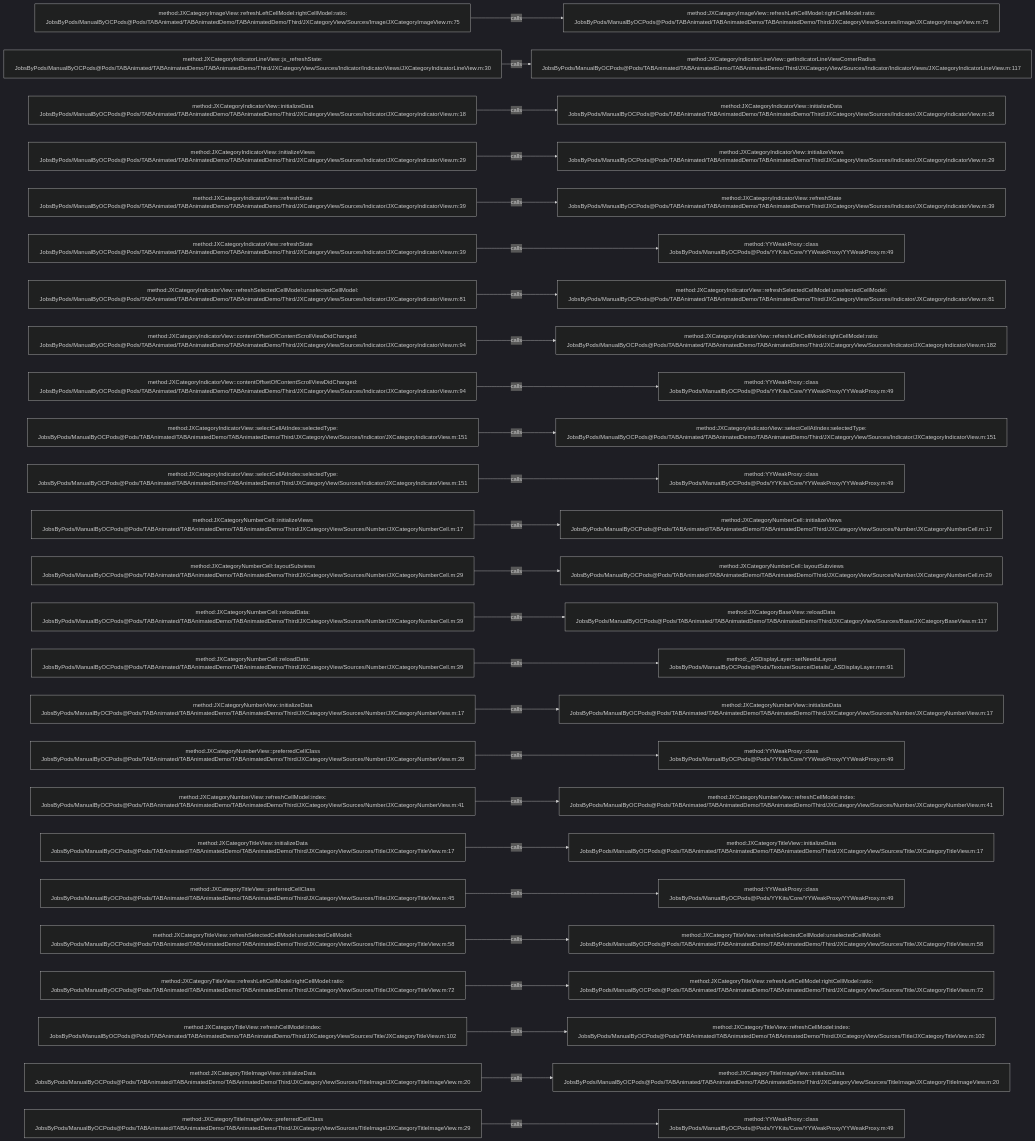
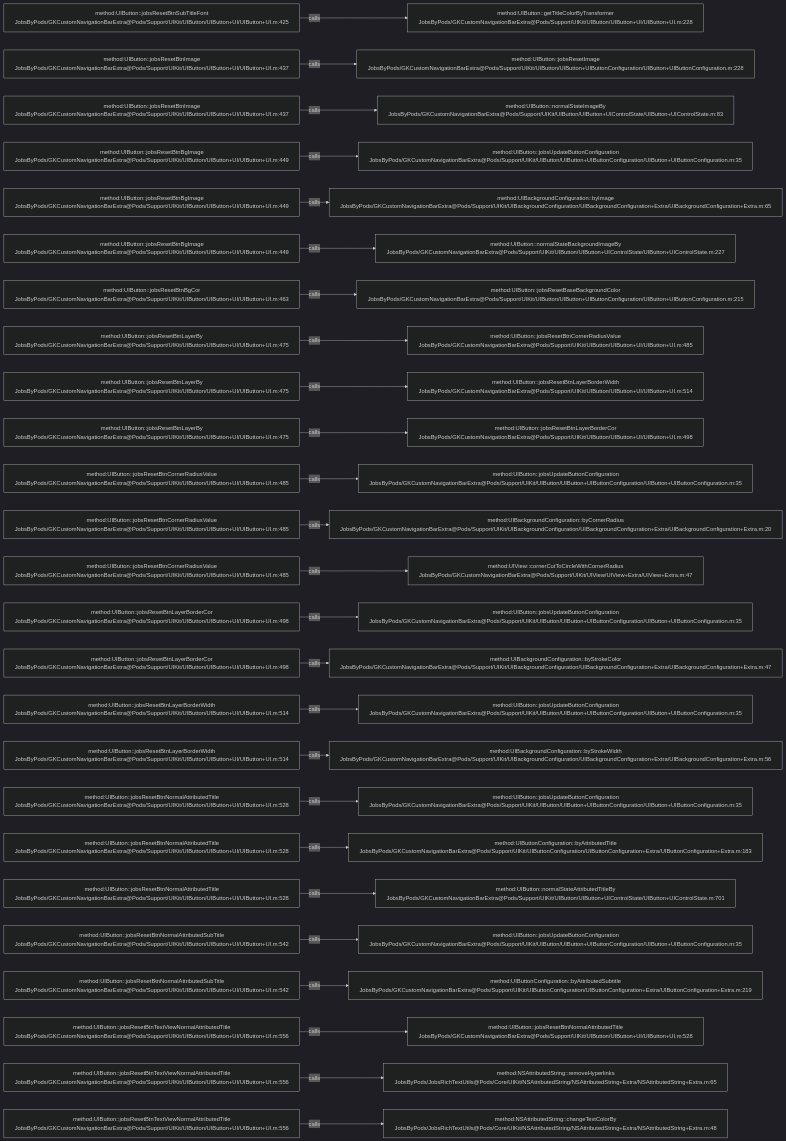
One commit to JobsKits/JobsOCBaseConfigDemo changed the diagram in .codegraph/codegraph.md/graphs/calls-030.md. Above: the diagram before and after it, drawn with Mermaid (dark theme). The commit also changed 768 other files, not shown here.

````diff
--- a/.codegraph/codegraph.md/graphs/calls-030.md
+++ b/.codegraph/codegraph.md/graphs/calls-030.md
@@ -13,78 +13,78 @@
 ```mermaid
 flowchart LR
-  S1["method:JXCategoryImageView::refreshLeftCellModel:rightCellModel:ratio:<br/>JobsByPods/ManualByOCPods@Pods/TABAnimated/TABAnimatedDemo/TABAnimatedDemo/Third/JXCategoryView/Sources/Image/JXCategoryImageView.m:75"]
-  T1["method:JXCategoryImageView::refreshLeftCellModel:rightCellModel:ratio:<br/>JobsByPods/ManualByOCPods@Pods/TABAnimated/TABAnimatedDemo/TABAnimatedDemo/Third/JXCategoryView/Sources/Image/JXCategoryImageView.m:75"]
+  S1["method:UIButton::jobsResetBtnSubTitleFont<br/>JobsByPods/GKCustomNavigationBarExtra@Pods/Support/UIKit/UIButton/UIButton+UI/UIButton+UI.m:425"]
+  T1["method:UIButton::getTitleColorByTransformer<br/>JobsByPods/GKCustomNavigationBarExtra@Pods/Support/UIKit/UIButton/UIButton+UI/UIButton+UI.m:228"]
   S1 -->|calls| T1
-  S2["method:JXCategoryIndicatorLineView::jx_refreshState:<br/>JobsByPods/ManualByOCPods@Pods/TABAnimated/TABAnimatedDemo/TABAnimatedDemo/Third/JXCategoryView/Sources/Indicator/IndicatorViews/JXCategoryIndicatorLineView.m:30"]
-  T2["method:JXCategoryIndicatorLineView::getIndicatorLineViewCornerRadius<br/>JobsByPods/ManualByOCPods@Pods/TABAnimated/TABAnimatedDemo/TABAnimatedDemo/Third/JXCategoryView/Sources/Indicator/IndicatorViews/JXCategoryIndicatorLineView.m:117"]
+  S2["method:UIButton::jobsResetBtnImage<br/>JobsByPods/GKCustomNavigationBarExtra@Pods/Support/UIKit/UIButton/UIButton+UI/UIButton+UI.m:437"]
+  T2["method:UIButton::jobsResetImage<br/>JobsByPods/GKCustomNavigationBarExtra@Pods/Support/UIKit/UIButton/UIButton+UIButtonConfiguration/UIButton+UIButtonConfiguration.m:228"]
   S2 -->|calls| T2
-  S3["method:JXCategoryIndicatorView::initializeData<br/>JobsByPods/ManualByOCPods@Pods/TABAnimated/TABAnimatedDemo/TABAnimatedDemo/Third/JXCategoryView/Sources/Indicator/JXCategoryIndicatorView.m:18"]
-  T3["method:JXCategoryIndicatorView::initializeData<br/>JobsByPods/ManualByOCPods@Pods/TABAnimated/TABAnimatedDemo/TABAnimatedDemo/Third/JXCategoryView/Sources/Indicator/JXCategoryIndicatorView.m:18"]
+  S3["method:UIButton::jobsResetBtnImage<br/>JobsByPods/GKCustomNavigationBarExtra@Pods/Support/UIKit/UIButton/UIButton+UI/UIButton+UI.m:437"]
+  T3["method:UIButton::normalStateImageBy<br/>JobsByPods/GKCustomNavigationBarExtra@Pods/Support/UIKit/UIButton/UIButton+UIControlState/UIButton+UIControlState.m:83"]
   S3 -->|calls| T3
-  S4["method:JXCategoryIndicatorView::initializeViews<br/>JobsByPods/ManualByOCPods@Pods/TABAnimated/TABAnimatedDemo/TABAnimatedDemo/Third/JXCategoryView/Sources/Indicator/JXCategoryIndicatorView.m:29"]
-  T4["method:JXCategoryIndicatorView::initializeViews<br/>JobsByPods/ManualByOCPods@Pods/TABAnimated/TABAnimatedDemo/TABAnimatedDemo/Third/JXCategoryView/Sources/Indicator/JXCategoryIndicatorView.m:29"]
+  S4["method:UIButton::jobsResetBtnBgImage<br/>JobsByPods/GKCustomNavigationBarExtra@Pods/Support/UIKit/UIButton/UIButton+UI/UIButton+UI.m:449"]
+  T4["method:UIButton::jobsUpdateButtonConfiguration<br/>JobsByPods/GKCustomNavigationBarExtra@Pods/Support/UIKit/UIButton/UIButton+UIButtonConfiguration/UIButton+UIButtonConfiguration.m:35"]
   S4 -->|calls| T4
-  S5["method:JXCategoryIndicatorView::refreshState<br/>JobsByPods/ManualByOCPods@Pods/TABAnimated/TABAnimatedDemo/TABAnimatedDemo/Third/JXCategoryView/Sources/Indicator/JXCategoryIndicatorView.m:39"]
-  T5["method:JXCategoryIndicatorView::refreshState<br/>JobsByPods/ManualByOCPods@Pods/TABAnimated/TABAnimatedDemo/TABAnimatedDemo/Third/JXCategoryView/Sources/Indicator/JXCategoryIndicatorView.m:39"]
+  S5["method:UIButton::jobsResetBtnBgImage<br/>JobsByPods/GKCustomNavigationBarExtra@Pods/Support/UIKit/UIButton/UIButton+UI/UIButton+UI.m:449"]
+  T5["method:UIBackgroundConfiguration::byImage<br/>JobsByPods/GKCustomNavigationBarExtra@Pods/Support/UIKit/UIBackgroundConfiguration/UIBackgroundConfiguration+Extra/UIBackgroundConfiguration+Extra.m:65"]
   S5 -->|calls| T5
-  S6["method:JXCategoryIndicatorView::refreshState<br/>JobsByPods/ManualByOCPods@Pods/TABAnimated/TABAnimatedDemo/TABAnimatedDemo/Third/JXCategoryView/Sources/Indicator/JXCategoryIndicatorView.m:39"]
-  T6["method:YYWeakProxy::class<br/>JobsByPods/ManualByOCPods@Pods/YYKits/Core/YYWeakProxy/YYWeakProxy.m:49"]
+  S6["method:UIButton::jobsResetBtnBgImage<br/>JobsByPods/GKCustomNavigationBarExtra@Pods/Support/UIKit/UIButton/UIButton+UI/UIButton+UI.m:449"]
+  T6["method:UIButton::normalStateBackgroundImageBy<br/>JobsByPods/GKCustomNavigationBarExtra@Pods/Support/UIKit/UIButton/UIButton+UIControlState/UIButton+UIControlState.m:227"]
   S6 -->|calls| T6
-  S7["method:JXCategoryIndicatorView::refreshSelectedCellModel:unselectedCellModel:<br/>JobsByPods/ManualByOCPods@Pods/TABAnimated/TABAnimatedDemo/TABAnimatedDemo/Third/JXCategoryView/Sources/Indicator/JXCategoryIndicatorView.m:81"]
-  T7["method:JXCategoryIndicatorView::refreshSelectedCellModel:unselectedCellModel:<br/>JobsByPods/ManualByOCPods@Pods/TABAnimated/TABAnimatedDemo/TABAnimatedDemo/Third/JXCategoryView/Sources/Indicator/JXCategoryIndicatorView.m:81"]
+  S7["method:UIButton::jobsResetBtnBgCor<br/>JobsByPods/GKCustomNavigationBarExtra@Pods/Support/UIKit/UIButton/UIButton+UI/UIButton+UI.m:463"]
+  T7["method:UIButton::jobsResetBaseBackgroundColor<br/>JobsByPods/GKCustomNavigationBarExtra@Pods/Support/UIKit/UIButton/UIButton+UIButtonConfiguration/UIButton+UIButtonConfiguration.m:215"]
   S7 -->|calls| T7
-  S8["method:JXCategoryIndicatorView::contentOffsetOfContentScrollViewDidChanged:<br/>JobsByPods/ManualByOCPods@Pods/TABAnimated/TABAnimatedDemo/TABAnimatedDemo/Third/JXCategoryView/Sources/Indicator/JXCategoryIndicatorView.m:94"]
-  T8["method:JXCategoryIndicatorView::refreshLeftCellModel:rightCellModel:ratio:<br/>JobsByPods/ManualByOCPods@Pods/TABAnimated/TABAnimatedDemo/TABAnimatedDemo/Third/JXCategoryView/Sources/Indicator/JXCategoryIndicatorView.m:182"]
+  S8["method:UIButton::jobsResetBtnLayerBy<br/>JobsByPods/GKCustomNavigationBarExtra@Pods/Support/UIKit/UIButton/UIButton+UI/UIButton+UI.m:475"]
+  T8["method:UIButton::jobsResetBtnCornerRadiusValue<br/>JobsByPods/GKCustomNavigationBarExtra@Pods/Support/UIKit/UIButton/UIButton+UI/UIButton+UI.m:485"]
   S8 -->|calls| T8
-  S9["method:JXCategoryIndicatorView::contentOffsetOfContentScrollViewDidChanged:<br/>JobsByPods/ManualByOCPods@Pods/TABAnimated/TABAnimatedDemo/TABAnimatedDemo/Third/JXCategoryView/Sources/Indicator/JXCategoryIndicatorView.m:94"]
-  T9["method:YYWeakProxy::class<br/>JobsByPods/ManualByOCPods@Pods/YYKits/Core/YYWeakProxy/YYWeakProxy.m:49"]
+  S9["method:UIButton::jobsResetBtnLayerBy<br/>JobsByPods/GKCustomNavigationBarExtra@Pods/Support/UIKit/UIButton/UIButton+UI/UIButton+UI.m:475"]
+  T9["method:UIButton::jobsResetBtnLayerBorderWidth<br/>JobsByPods/GKCustomNavigationBarExtra@Pods/Support/UIKit/UIButton/UIButton+UI/UIButton+UI.m:514"]
   S9 -->|calls| T9
-  S10["method:JXCategoryIndicatorView::selectCellAtIndex:selectedType:<br/>JobsByPods/ManualByOCPods@Pods/TABAnimated/TABAnimatedDemo/TABAnimatedDemo/Third/JXCategoryView/Sources/Indicator/JXCategoryIndicatorView.m:151"]
-  T10["method:JXCategoryIndicatorView::selectCellAtIndex:selectedType:<br/>JobsByPods/ManualByOCPods@Pods/TABAnimated/TABAnimatedDemo/TABAnimatedDemo/Third/JXCategoryView/Sources/Indicator/JXCategoryIndicatorView.m:151"]
+  S10["method:UIButton::jobsResetBtnLayerBy<br/>JobsByPods/GKCustomNavigationBarExtra@Pods/Support/UIKit/UIButton/UIButton+UI/UIButton+UI.m:475"]
+  T10["method:UIButton::jobsResetBtnLayerBorderCor<br/>JobsByPods/GKCustomNavigationBarExtra@Pods/Support/UIKit/UIButton/UIButton+UI/UIButton+UI.m:498"]
   S10 -->|calls| T10
-  S11["method:JXCategoryIndicatorView::selectCellAtIndex:selectedType:<br/>JobsByPods/ManualByOCPods@Pods/TABAnimated/TABAnimatedDemo/TABAnimatedDemo/Third/JXCategoryView/Sources/Indicator/JXCategoryIndicatorView.m:151"]
-  T11["method:YYWeakProxy::class<br/>JobsByPods/ManualByOCPods@Pods/YYKits/Core/YYWeakProxy/YYWeakProxy.m:49"]
+  S11["method:UIButton::jobsResetBtnCornerRadiusValue<br/>JobsByPods/GKCustomNavigationBarExtra@Pods/Support/UIKit/UIButton/UIButton+UI/UIButton+UI.m:485"]
+  T11["method:UIButton::jobsUpdateButtonConfiguration<br/>JobsByPods/GKCustomNavigationBarExtra@Pods/Support/UIKit/UIButton/UIButton+UIButtonConfiguration/UIButton+UIButtonConfiguration.m:35"]
   S11 -->|calls| T11
-  S12["method:JXCategoryNumberCell::initializeViews<br/>JobsByPods/ManualByOCPods@Pods/TABAnimated/TABAnimatedDemo/TABAnimatedDemo/Third/JXCategoryView/Sources/Number/JXCategoryNumberCell.m:17"]
-  T12["method:JXCategoryNumberCell::initializeViews<br/>JobsByPods/ManualByOCPods@Pods/TABAnimated/TABAnimatedDemo/TABAnimatedDemo/Third/JXCategoryView/Sources/Number/JXCategoryNumberCell.m:17"]
+  S12["method:UIButton::jobsResetBtnCornerRadiusValue<br/>JobsByPods/GKCustomNavigationBarExtra@Pods/Support/UIKit/UIButton/UIButton+UI/UIButton+UI.m:485"]
+  T12["method:UIBackgroundConfiguration::byCornerRadius<br/>JobsByPods/GKCustomNavigationBarExtra@Pods/Support/UIKit/UIBackgroundConfiguration/UIBackgroundConfiguration+Extra/UIBackgroundConfiguration+Extra.m:20"]
   S12 -->|calls| T12
-  S13["method:JXCategoryNumberCell::layoutSubviews<br/>JobsByPods/ManualByOCPods@Pods/TABAnimated/TABAnimatedDemo/TABAnimatedDemo/Third/JXCategoryView/Sources/Number/JXCategoryNumberCell.m:29"]
-  T13["method:JXCategoryNumberCell::layoutSubviews<br/>JobsByPods/ManualByOCPods@Pods/TABAnimated/TABAnimatedDemo/TABAnimatedDemo/Third/JXCategoryView/Sources/Number/JXCategoryNumberCell.m:29"]
+  S13["method:UIButton::jobsResetBtnCornerRadiusValue<br/>JobsByPods/GKCustomNavigationBarExtra@Pods/Support/UIKit/UIButton/UIButton+UI/UIButton+UI.m:485"]
+  T13["method:UIView::cornerCutToCircleWithCornerRadius<br/>JobsByPods/GKCustomNavigationBarExtra@Pods/Support/UIKit/UIView/UIView+Extra/UIView+Extra.m:47"]
   S13 -->|calls| T13
-  S14["method:JXCategoryNumberCell::reloadData:<br/>JobsByPods/ManualByOCPods@Pods/TABAnimated/TABAnimatedDemo/TABAnimatedDemo/Third/JXCategoryView/Sources/Number/JXCategoryNumberCell.m:39"]
-  T14["method:JXCategoryBaseView::reloadData<br/>JobsByPods/ManualByOCPods@Pods/TABAnimated/TABAnimatedDemo/TABAnimatedDemo/Third/JXCategoryView/Sources/Base/JXCategoryBaseView.m:117"]
+  S14["method:UIButton::jobsResetBtnLayerBorderCor<br/>JobsByPods/GKCustomNavigationBarExtra@Pods/Support/UIKit/UIButton/UIButton+UI/UIButton+UI.m:498"]
+  T14["method:UIButton::jobsUpdateButtonConfiguration<br/>JobsByPods/GKCustomNavigationBarExtra@Pods/Support/UIKit/UIButton/UIButton+UIButtonConfiguration/UIButton+UIButtonConfiguration.m:35"]
   S14 -->|calls| T14
-  S15["method:JXCategoryNumberCell::reloadData:<br/>JobsByPods/ManualByOCPods@Pods/TABAnimated/TABAnimatedDemo/TABAnimatedDemo/Third/JXCategoryView/Sources/Number/JXCategoryNumberCell.m:39"]
-  T15["method:_ASDisplayLayer::setNeedsLayout<br/>JobsByPods/ManualByOCPods@Pods/Texture/Source/Details/_ASDisplayLayer.mm:91"]
+  S15["method:UIButton::jobsResetBtnLayerBorderCor<br/>JobsByPods/GKCustomNavigationBarExtra@Pods/Support/UIKit/UIButton/UIButton+UI/UIButton+UI.m:498"]
+  T15["method:UIBackgroundConfiguration::byStrokeColor<br/>JobsByPods/GKCustomNavigationBarExtra@Pods/Support/UIKit/UIBackgroundConfiguration/UIBackgroundConfiguration+Extra/UIBackgroundConfiguration+Extra.m:47"]
   S15 -->|calls| T15
-  S16["method:JXCategoryNumberView::initializeData<br/>JobsByPods/ManualByOCPods@Pods/TABAnimated/TABAnimatedDemo/TABAnimatedDemo/Third/JXCategoryView/Sources/Number/JXCategoryNumberView.m:17"]
-  T16["method:JXCategoryNumberView::initializeData<br/>JobsByPods/ManualByOCPods@Pods/TABAnimated/TABAnimatedDemo/TABAnimatedDemo/Third/JXCategoryView/Sources/Number/JXCategoryNumberView.m:17"]
+  S16["method:UIButton::jobsResetBtnLayerBorderWidth<br/>JobsByPods/GKCustomNavigationBarExtra@Pods/Support/UIKit/UIButton/UIButton+UI/UIButton+UI.m:514"]
+  T16["method:UIButton::jobsUpdateButtonConfiguration<br/>JobsByPods/GKCustomNavigationBarExtra@Pods/Support/UIKit/UIButton/UIButton+UIButtonConfiguration/UIButton+UIButtonConfiguration.m:35"]
   S16 -->|calls| T16
-  S17["method:JXCategoryNumberView::preferredCellClass<br/>JobsByPods/ManualByOCPods@Pods/TABAnimated/TABAnimatedDemo/TABAnimatedDemo/Third/JXCategoryView/Sources/Number/JXCategoryNumberView.m:28"]
-  T17["method:YYWeakProxy::class<br/>JobsByPods/ManualByOCPods@Pods/YYKits/Core/YYWeakProxy/YYWeakProxy.m:49"]
+  S17["method:UIButton::jobsResetBtnLayerBorderWidth<br/>JobsByPods/GKCustomNavigationBarExtra@Pods/Support/UIKit/UIButton/UIButton+UI/UIButton+UI.m:514"]
+  T17["method:UIBackgroundConfiguration::byStrokeWidth<br/>JobsByPods/GKCustomNavigationBarExtra@Pods/Support/UIKit/UIBackgroundConfiguration/UIBackgroundConfiguration+Extra/UIBackgroundConfiguration+Extra.m:56"]
   S17 -->|calls| T17
-  S18["method:JXCategoryNumberView::refreshCellModel:index:<br/>JobsByPods/ManualByOCPods@Pods/TABAnimated/TABAnimatedDemo/TABAnimatedDemo/Third/JXCategoryView/Sources/Number/JXCategoryNumberView.m:41"]
-  T18["method:JXCategoryNumberView::refreshCellModel:index:<br/>JobsByPods/ManualByOCPods@Pods/TABAnimated/TABAnimatedDemo/TABAnimatedDemo/Third/JXCategoryView/Sources/Number/JXCategoryNumberView.m:41"]
+  S18["method:UIButton::jobsResetBtnNormalAttributedTitle<br/>JobsByPods/GKCustomNavigationBarExtra@Pods/Support/UIKit/UIButton/UIButton+UI/UIButton+UI.m:528"]
+  T18["method:UIButton::jobsUpdateButtonConfiguration<br/>JobsByPods/GKCustomNavigationBarExtra@Pods/Support/UIKit/UIButton/UIButton+UIButtonConfiguration/UIButton+UIButtonConfiguration.m:35"]
   S18 -->|calls| T18
-  S19["method:JXCategoryTitleView::initializeData<br/>JobsByPods/ManualByOCPods@Pods/TABAnimated/TABAnimatedDemo/TABAnimatedDemo/Third/JXCategoryView/Sources/Title/JXCategoryTitleView.m:17"]
-  T19["method:JXCategoryTitleView::initializeData<br/>JobsByPods/ManualByOCPods@Pods/TABAnimated/TABAnimatedDemo/TABAnimatedDemo/Third/JXCategoryView/Sources/Title/JXCategoryTitleView.m:17"]
+  S19["method:UIButton::jobsResetBtnNormalAttributedTitle<br/>JobsByPods/GKCustomNavigationBarExtra@Pods/Support/UIKit/UIButton/UIButton+UI/UIButton+UI.m:528"]
+  T19["method:UIButtonConfiguration::byAttributedTitle<br/>JobsByPods/GKCustomNavigationBarExtra@Pods/Support/UIKit/UIButtonConfiguration/UIButtonConfiguration+Extra/UIButtonConfiguration+Extra.m:183"]
   S19 -->|calls| T19
-  S20["method:JXCategoryTitleView::preferredCellClass<br/>JobsByPods/ManualByOCPods@Pods/TABAnimated/TABAnimatedDemo/TABAnimatedDemo/Third/JXCategoryView/Sources/Title/JXCategoryTitleView.m:45"]
-  T20["method:YYWeakProxy::class<br/>JobsByPods/ManualByOCPods@Pods/YYKits/Core/YYWeakProxy/YYWeakProxy.m:49"]
+  S20["method:UIButton::jobsResetBtnNormalAttributedTitle<br/>JobsByPods/GKCustomNavigationBarExtra@Pods/Support/UIKit/UIButton/UIButton+UI/UIButton+UI.m:528"]
+  T20["method:UIButton::normalStateAttributedTitleBy<br/>JobsByPods/GKCustomNavigationBarExtra@Pods/Support/UIKit/UIButton/UIButton+UIControlState/UIButton+UIControlState.m:701"]
   S20 -->|calls| T20
-  S21["method:JXCategoryTitleView::refreshSelectedCellModel:unselectedCellModel:<br/>JobsByPods/ManualByOCPods@Pods/TABAnimated/TABAnimatedDemo/TABAnimatedDemo/Third/JXCategoryView/Sources/Title/JXCategoryTitleView.m:58"]
-  T21["method:JXCategoryTitleView::refreshSelectedCellModel:unselectedCellModel:<br/>JobsByPods/ManualByOCPods@Pods/TABAnimated/TABAnimatedDemo/TABAnimatedDemo/Third/JXCategoryView/Sources/Title/JXCategoryTitleView.m:58"]
+  S21["method:UIButton::jobsResetBtnNormalAttributedSubTitle<br/>JobsByPods/GKCustomNavigationBarExtra@Pods/Support/UIKit/UIButton/UIButton+UI/UIButton+UI.m:542"]
+  T21["method:UIButton::jobsUpdateButtonConfiguration<br/>JobsByPods/GKCustomNavigationBarExtra@Pods/Support/UIKit/UIButton/UIButton+UIButtonConfiguration/UIButton+UIButtonConfiguration.m:35"]
   S21 -->|calls| T21
-  S22["method:JXCategoryTitleView::refreshLeftCellModel:rightCellModel:ratio:<br/>JobsByPods/ManualByOCPods@Pods/TABAnimated/TABAnimatedDemo/TABAnimatedDemo/Third/JXCategoryView/Sources/Title/JXCategoryTitleView.m:72"]
-  T22["method:JXCategoryTitleView::refreshLeftCellModel:rightCellModel:ratio:<br/>JobsByPods/ManualByOCPods@Pods/TABAnimated/TABAnimatedDemo/TABAnimatedDemo/Third/JXCategoryView/Sources/Title/JXCategoryTitleView.m:72"]
+  S22["method:UIButton::jobsResetBtnNormalAttributedSubTitle<br/>JobsByPods/GKCustomNavigationBarExtra@Pods/Support/UIKit/UIButton/UIButton+UI/UIButton+UI.m:542"]
+  T22["method:UIButtonConfiguration::byAttributedSubtitle<br/>JobsByPods/GKCustomNavigationBarExtra@Pods/Support/UIKit/UIButtonConfiguration/UIButtonConfiguration+Extra/UIButtonConfiguration+Extra.m:219"]
   S22 -->|calls| T22
-  S23["method:JXCategoryTitleView::refreshCellModel:index:<br/>JobsByPods/ManualByOCPods@Pods/TABAnimated/TABAnimatedDemo/TABAnimatedDemo/Third/JXCategoryView/Sources/Title/JXCategoryTitleView.m:102"]
-  T23["method:JXCategoryTitleView::refreshCellModel:index:<br/>JobsByPods/ManualByOCPods@Pods/TABAnimated/TABAnimatedDemo/TABAnimatedDemo/Third/JXCategoryView/Sources/Title/JXCategoryTitleView.m:102"]
+  S23["method:UIButton::jobsResetBtnTextViewNormalAttributedTitle<br/>JobsByPods/GKCustomNavigationBarExtra@Pods/Support/UIKit/UIButton/UIButton+UI/UIButton+UI.m:556"]
+  T23["method:UIButton::jobsResetBtnNormalAttributedTitle<br/>JobsByPods/GKCustomNavigationBarExtra@Pods/Support/UIKit/UIButton/UIButton+UI/UIButton+UI.m:528"]
   S23 -->|calls| T23
-  S24["method:JXCategoryTitleImageView::initializeData<br/>JobsByPods/ManualByOCPods@Pods/TABAnimated/TABAnimatedDemo/TABAnimatedDemo/Third/JXCategoryView/Sources/TitleImage/JXCategoryTitleImageView.m:20"]
-  T24["method:JXCategoryTitleImageView::initializeData<br/>JobsByPods/ManualByOCPods@Pods/TABAnimated/TABAnimatedDemo/TABAnimatedDemo/Third/JXCategoryView/Sources/TitleImage/JXCategoryTitleImageView.m:20"]
+  S24["method:UIButton::jobsResetBtnTextViewNormalAttributedTitle<br/>JobsByPods/GKCustomNavigationBarExtra@Pods/Support/UIKit/UIButton/UIButton+UI/UIButton+UI.m:556"]
+  T24["method:NSAttributedString::removeHyperlinks<br/>JobsByPods/JobsRichTextUtils@Pods/Core/UIKit/NSAttributedString/NSAttributedString+Extra/NSAttributedString+Extra.m:65"]
   S24 -->|calls| T24
-  S25["method:JXCategoryTitleImageView::preferredCellClass<br/>JobsByPods/ManualByOCPods@Pods/TABAnimated/TABAnimatedDemo/TABAnimatedDemo/Third/JXCategoryView/Sources/TitleImage/JXCategoryTitleImageView.m:29"]
-  T25["method:YYWeakProxy::class<br/>JobsByPods/ManualByOCPods@Pods/YYKits/Core/YYWeakProxy/YYWeakProxy.m:49"]
+  S25["method:UIButton::jobsResetBtnTextViewNormalAttributedTitle<br/>JobsByPods/GKCustomNavigationBarExtra@Pods/Support/UIKit/UIButton/UIButton+UI/UIButton+UI.m:556"]
+  T25["method:NSAttributedString::changeTextColorBy<br/>JobsByPods/JobsRichTextUtils@Pods/Core/UIKit/NSAttributedString/NSAttributedString+Extra/NSAttributedString+Extra.m:48"]
   S25 -->|calls| T25
 ```
````
